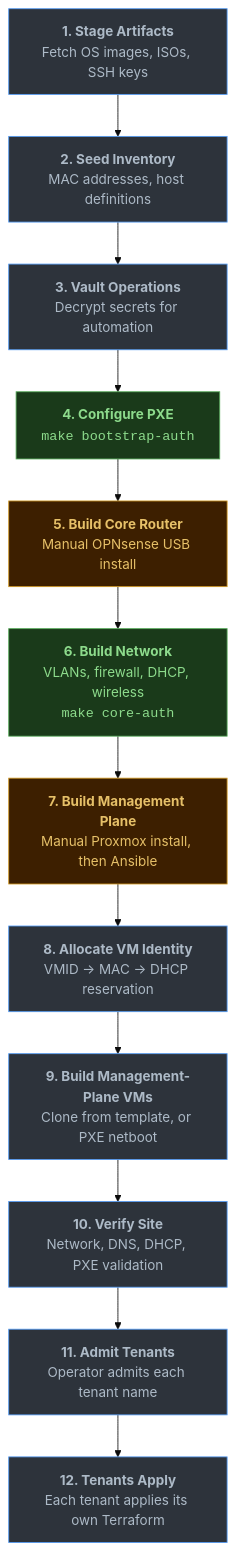
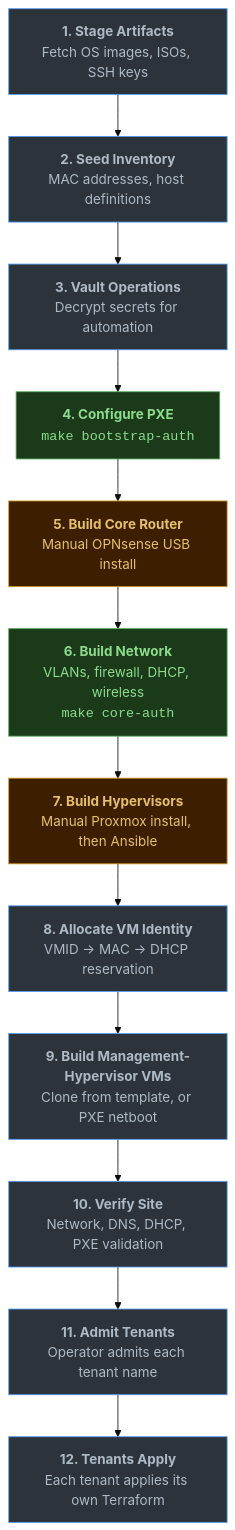
One commit to deevnet/deevnet-docs changed the diagram in content/docs/runbook/substrate/building-recovery/_index.md. Above: the diagram before and after it, drawn with Mermaid (base theme). The commit also changed other lines of this file and 27 other files, not shown here.

```diff
--- a/content/docs/runbook/substrate/building-recovery/_index.md
+++ b/content/docs/runbook/substrate/building-recovery/_index.md
@@ -63,21 +63,21 @@
 {{< mermaid >}}
 flowchart TD
     A["<b>1. Stage Artifacts</b><br/>Fetch OS images, ISOs, SSH keys"]
     B["<b>2. Seed Inventory</b><br/>MAC addresses, host definitions"]
     C["<b>3. Vault Operations</b><br/>Decrypt secrets for automation"]
     D["<b>4. Configure PXE</b><br/><code>make bootstrap-auth</code>"]:::transition
     E["<b>5. Build Core Router</b><br/>Manual OPNsense USB install"]:::manual
     F["<b>6. Build Network</b><br/>VLANs, firewall, DHCP, wireless<br/><code>make core-auth</code>"]:::transition
-    G["<b>7. Build Management Plane</b><br/>Manual Proxmox install, then Ansible"]:::manual
+    G["<b>7. Build Hypervisors</b><br/>Manual Proxmox install, then Ansible"]:::manual
     H["<b>8. Allocate VM Identity</b><br/>VMID &rarr; MAC &rarr; DHCP reservation"]
-    I["<b>9. Build Management-Plane VMs</b><br/>Clone from template, or PXE netboot"]
+    I["<b>9. Build Management-Hypervisor VMs</b><br/>Clone from template, or PXE netboot"]
     J["<b>10. Verify Site</b><br/>Network, DNS, DHCP, PXE validation"]
     K["<b>11. Admit Tenants</b><br/>Operator admits each tenant name"]
     L["<b>12. Tenants Apply</b><br/>Each tenant applies its own Terraform"]
 
     A --> B --> C --> D --> E --> F --> G --> H --> I --> J --> K --> L
 
     classDef default fill:#2d333b,stroke:#539bf5,color:#adbac7
     classDef transition fill:#1a3a1a,stroke:#57ab5a,color:#8ddb8c
     classDef manual fill:#3d1f00,stroke:#d29922,color:#e6c068
 {{< /mermaid >}}
```
